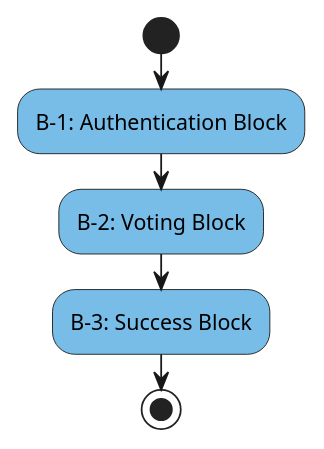
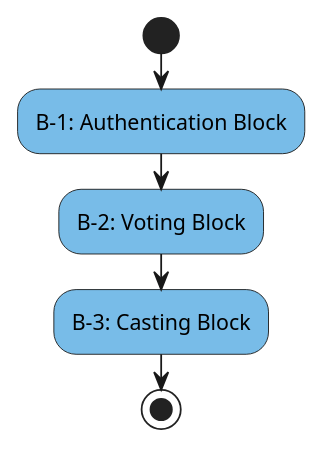
One commit to sequentech/ivr-lambdas changed the diagram in doc/activity-diagram-birds-eye-view.puml. Above: the diagram before and after it, drawn with PlantUML. The commit also changed 4 other files, not shown here.

```diff
--- a/doc/activity-diagram-birds-eye-view.puml
+++ b/doc/activity-diagram-birds-eye-view.puml
@@ -1,13 +1,13 @@
 @startuml
 start
 
 skinparam activity {
   BackgroundColor<<Block>> #78bce8
 }
 
 <<Block>>:B-1: Authentication Block;
 <<Block>>:B-2: Voting Block;
-<<Block>>:B-3: Success Block;
+<<Block>>:B-3: Casting Block;
 stop
 
 @enduml
```
